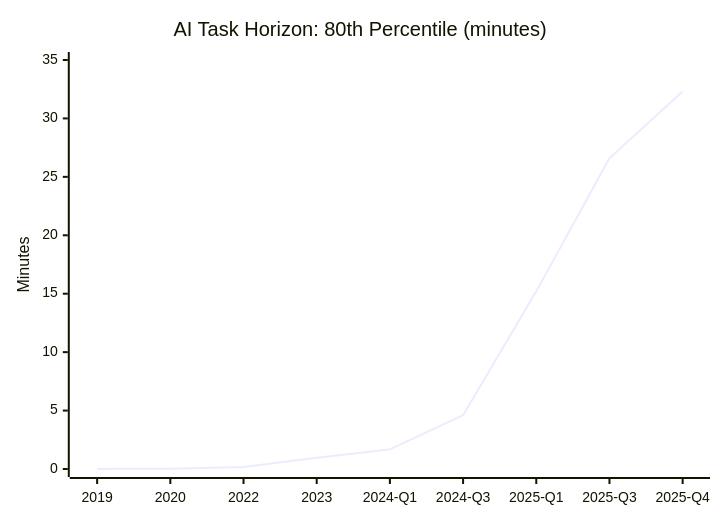
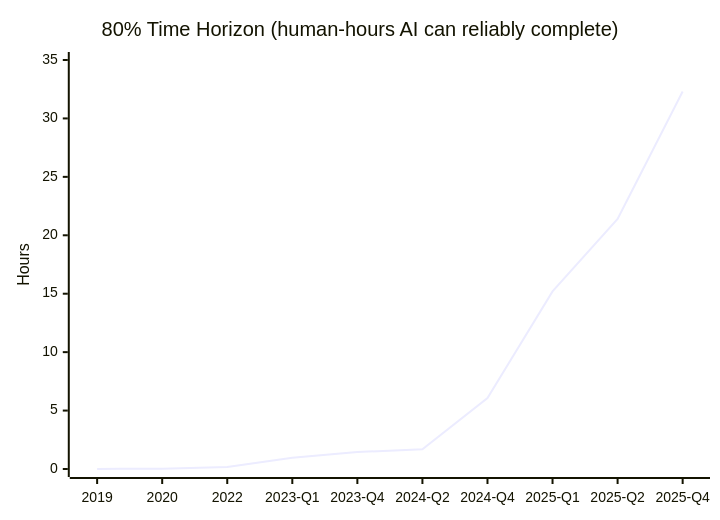
Before and after one commit to pasky/grand-endeavors: the first of 2 diagrams in pilot-2025/robots-software.md, drawn with Mermaid. The commit also changed other lines of this file, not shown here.

````diff
--- a/pilot-2025/robots-software.md
+++ b/pilot-2025/robots-software.md
@@ -36,7 +37,7 @@
 ```mermaid
 xychart-beta
-    title "AI Task Horizon: 80th Percentile (minutes)"
-    x-axis [2019, 2020, 2022, 2023, 2024-Q1, 2024-Q3, 2025-Q1, 2025-Q3, 2025-Q4]
-    y-axis "Minutes" 0 --> 35
-    line [0.006, 0.03, 0.17, 0.97, 1.68, 4.60, 15.2, 26.6, 32.3]
+    title "80% Time Horizon (human-hours AI can reliably complete)"
+    x-axis ["2019", "2020", "2022", "2023-Q1", "2023-Q4", "2024-Q2", "2024-Q4", "2025-Q1", "2025-Q2", "2025-Q4"]
+    y-axis "Hours" 0 --> 35
+    line [0.006, 0.03, 0.17, 0.97, 1.45, 1.68, 6.07, 15.2, 21.4, 32.3]
 ```
````
